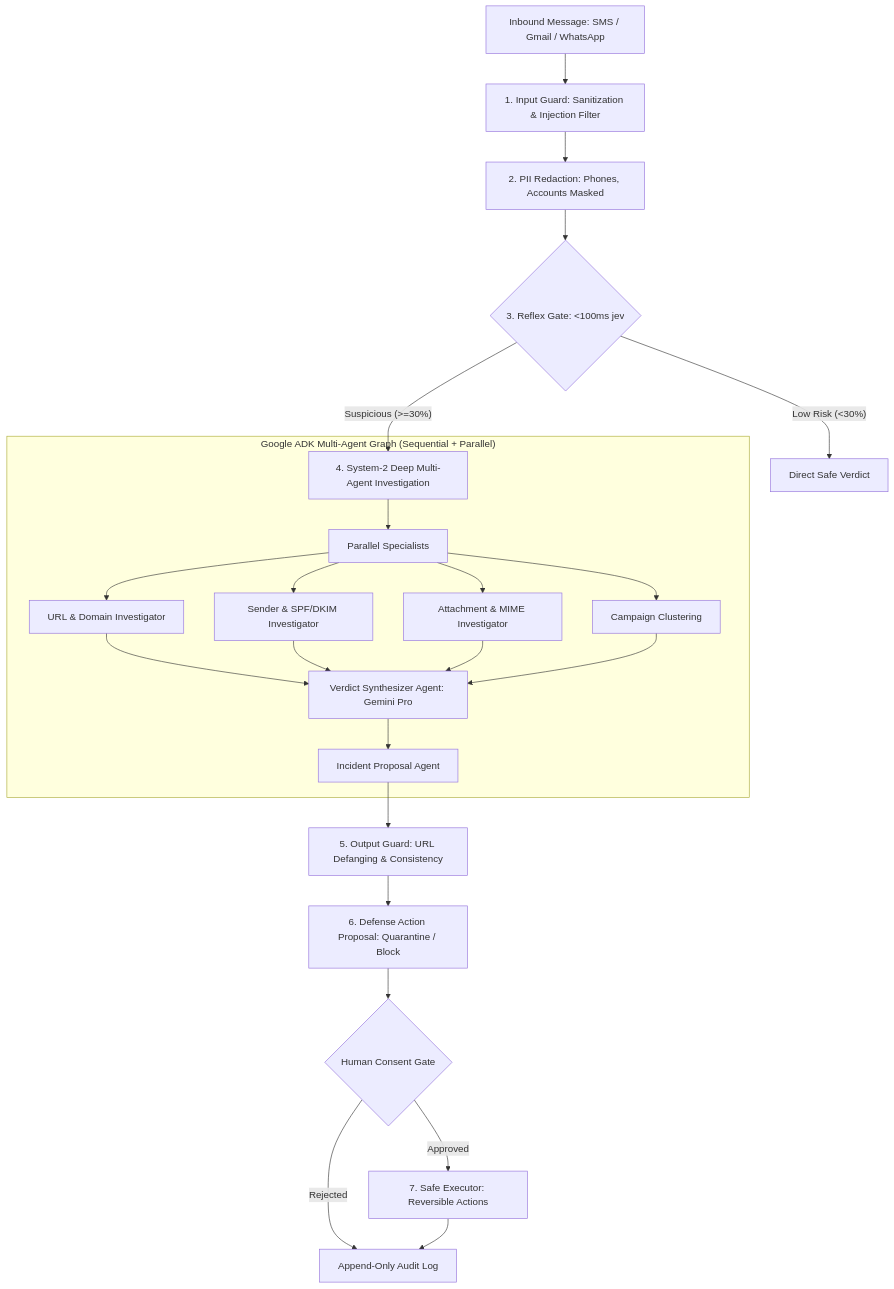
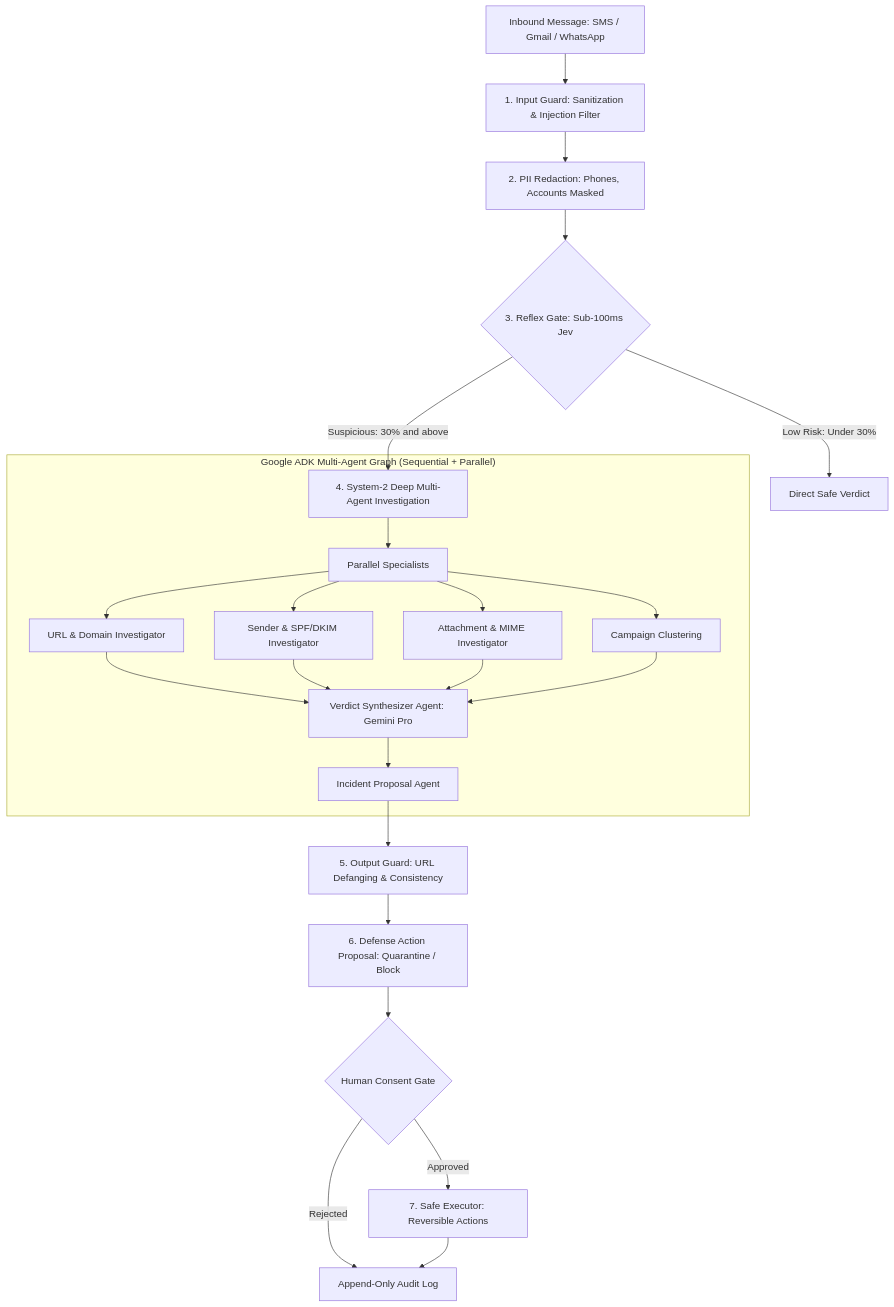
Before and after one commit to NANDAVELAN/scamshield: the second of 2 diagrams in README.md, drawn with Mermaid. The commit also changed other lines of this file and 1 other file, not shown here.

Commit message:
fix(docs): resolve Mermaid parser error by removing raw angle brackets from edge labels

````diff
--- a/README.md
+++ b/README.md
@@ -115,30 +115,30 @@
 ```mermaid
 graph TD
     Inbound[Inbound Message: SMS / Gmail / WhatsApp] --> InputGuard[1. Input Guard: Sanitization & Injection Filter]
     InputGuard --> Redact[2. PII Redaction: Phones, Accounts Masked]
-    Redact --> ReflexGate{3. Reflex Gate: <100ms jev } 
+    Redact --> ReflexGate{3. Reflex Gate: Sub-100ms Jev} 
     
-    ReflexGate -- "Low Risk (<30%)" --> FastVerdict[Direct Safe Verdict]
-    ReflexGate -- "Suspicious (>=30%)" --> Investigation[4. System-2 Deep Multi-Agent Investigation]
+    ReflexGate -- "Low Risk: Under 30%" --> FastVerdict[Direct Safe Verdict]
+    ReflexGate -- "Suspicious: 30% and above" --> Investigation[4. System-2 Deep Multi-Agent Investigation]
     
     subgraph "Google ADK Multi-Agent Graph (Sequential + Parallel)"
         Investigation --> ParallelAgents["Parallel Specialists"]
         ParallelAgents --> URLAgent[URL & Domain Investigator]
         ParallelAgents --> SenderAgent[Sender & SPF/DKIM Investigator]
         ParallelAgents --> AttachAgent[Attachment & MIME Investigator]
         ParallelAgents --> CampaignAgent[Campaign Clustering]
         
         URLAgent --> Synthesizer[Verdict Synthesizer Agent: Gemini Pro]
         SenderAgent --> Synthesizer
         AttachAgent --> Synthesizer
         CampaignAgent --> Synthesizer
         Synthesizer --> IncidentAgent[Incident Proposal Agent]
     end
     
     IncidentAgent --> OutputGuard[5. Output Guard: URL Defanging & Consistency]
     OutputGuard --> ProposedAction[6. Defense Action Proposal: Quarantine / Block]
     ProposedAction --> HumanGate{Human Consent Gate}
     HumanGate -- Approved --> Executor[7. Safe Executor: Reversible Actions]
     HumanGate -- Rejected --> AuditLog[Append-Only Audit Log]
     Executor --> AuditLog
 ```
````
